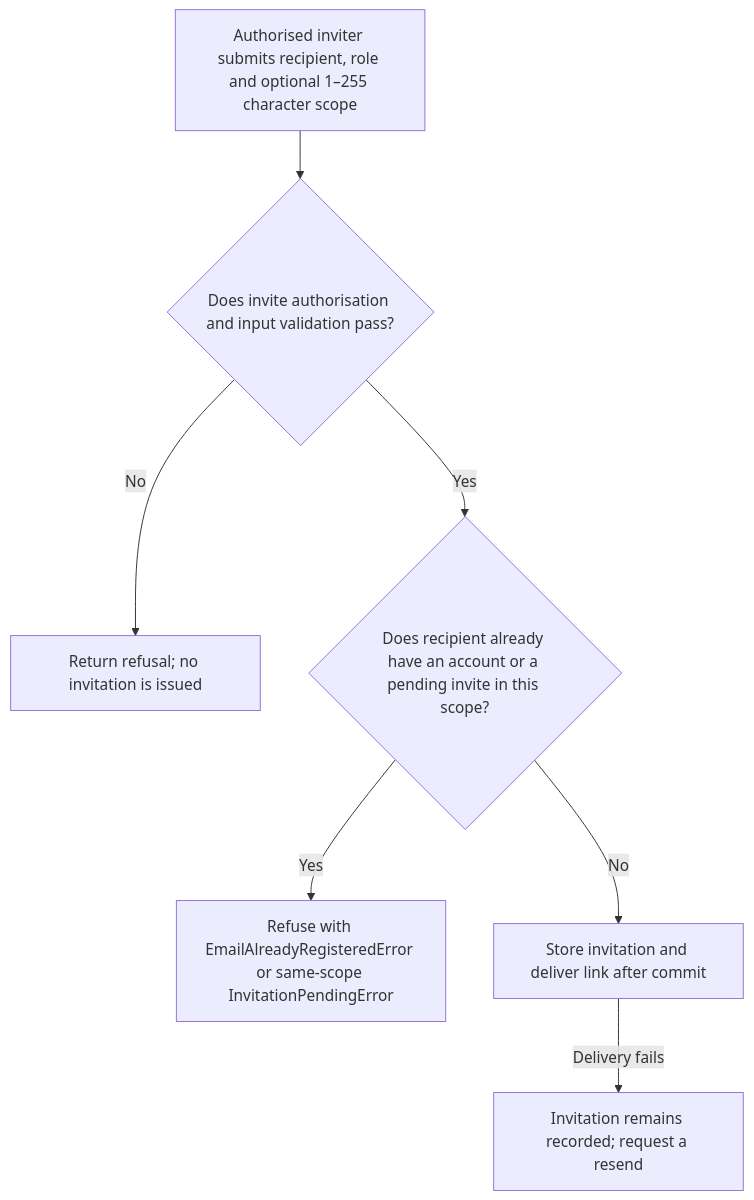
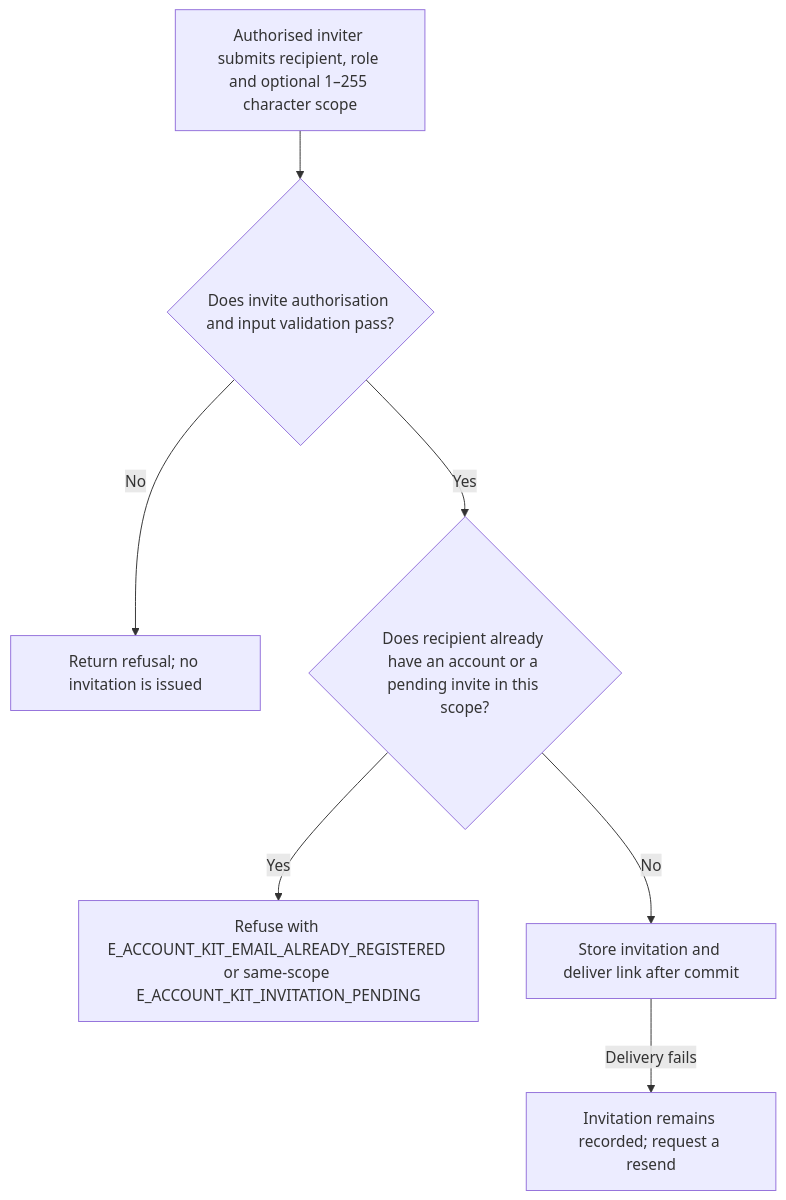
The first of 2 diagrams in user-stories/US-ACCOUNT-08-send-invitation.md (Kevinjohn/oss-adonisjs-account-kit), drawn with Mermaid before and after one commit. The commit also changed other lines of this file and 362 other files, not shown here.

````diff
--- a/user-stories/US-ACCOUNT-08-send-invitation.md
+++ b/user-stories/US-ACCOUNT-08-send-invitation.md
@@ -22,9 +22,9 @@
 ```mermaid
 flowchart TD
  A["Authorised inviter submits recipient, role and optional 1–255 character scope"] --> B{"Does invite authorisation and input validation pass?"}
  B -->|No| C["Return refusal; no invitation is issued"]
  B -->|Yes| D{"Does recipient already have an account or a pending invite in this scope?"}
- D -->|Yes| E["Refuse with EmailAlreadyRegisteredError or same-scope InvitationPendingError"]
+ D -->|Yes| E["Refuse with E_ACCOUNT_KIT_EMAIL_ALREADY_REGISTERED or same-scope E_ACCOUNT_KIT_INVITATION_PENDING"]
  D -->|No| F["Store invitation and deliver link after commit"]
  F -->|Delivery fails| G["Invitation remains recorded; request a resend"]
 ```
````
